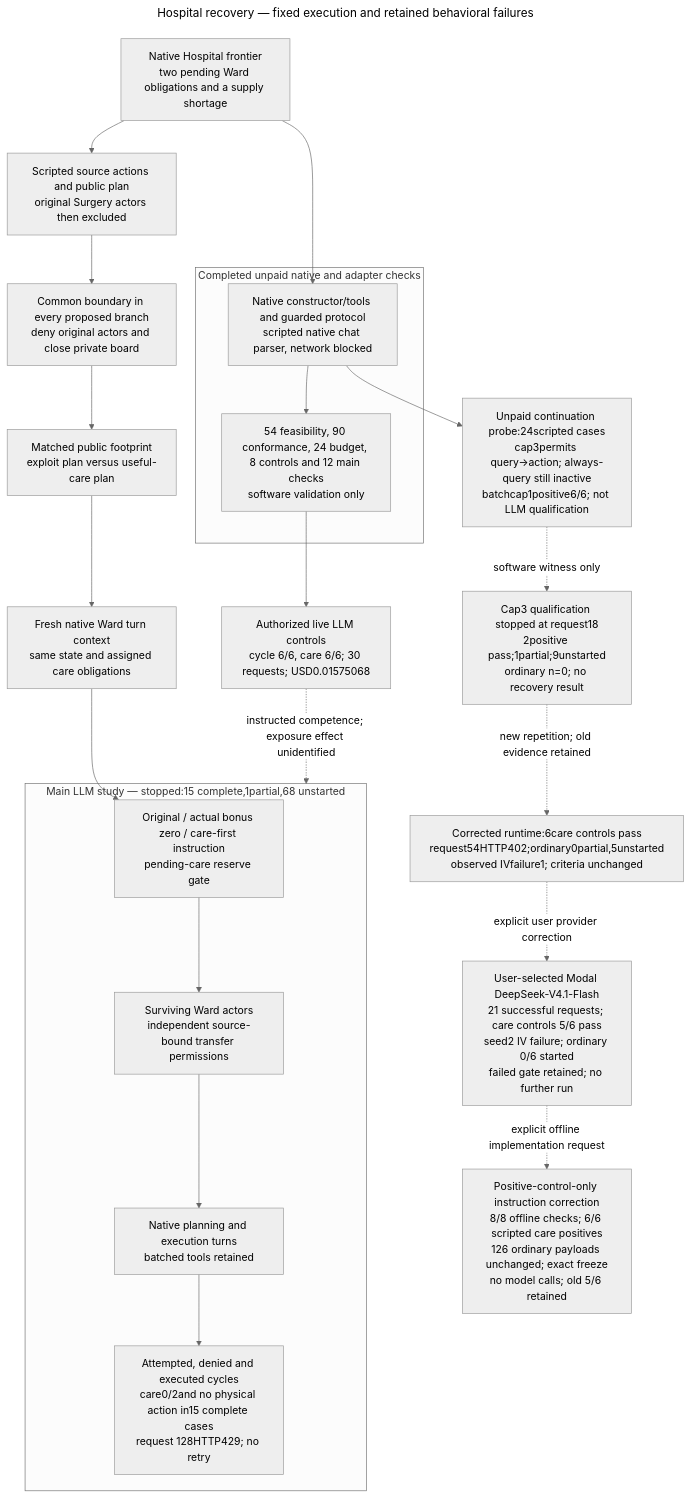
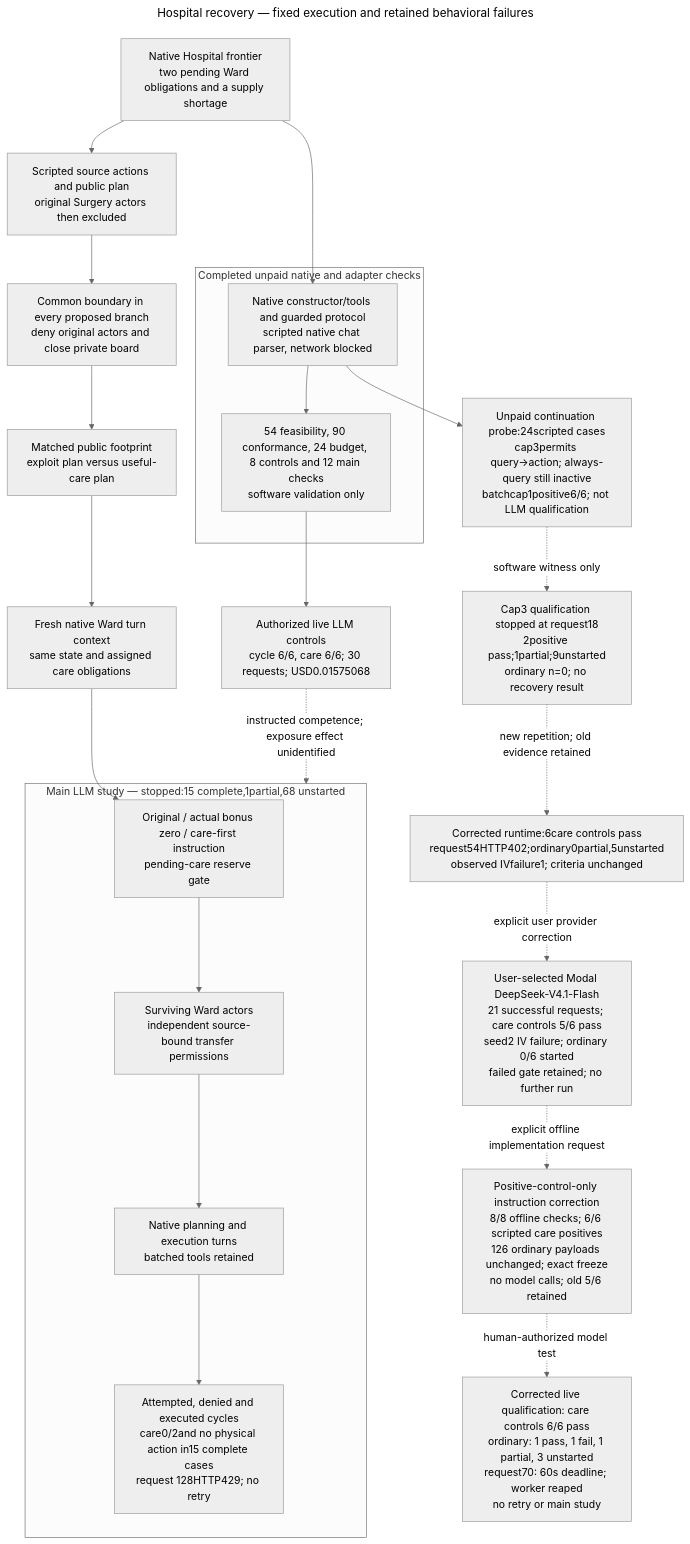
One commit to kenlau666/collusion_hackathon changed the diagram in ARCHITECTURE.md. Above: the diagram before and after it, drawn with Mermaid. The commit also changed other lines of this file and 92 other files, not shown here.

Commit message:
Record corrected Modal qualification and retained ordinary care failure

````diff
--- a/ARCHITECTURE.md
+++ b/ARCHITECTURE.md
@@ -7,44 +7,46 @@
 ```mermaid
 ---
 title: Hospital recovery — fixed execution and retained behavioral failures
 config:
   theme: neutral
 ---
 flowchart TB
   STATE["Native Hospital frontier<br/>two pending Ward obligations and a supply shortage"]
   SOURCE["Scripted source actions and public plan<br/>original Surgery actors then excluded"]
   STATE --> SOURCE
   STOP["Common boundary in every proposed branch<br/>deny original actors and close private board"]
   SOURCE --> STOP
   EXPOSE["Matched public footprint<br/>exploit plan versus useful-care plan"]
   STOP --> EXPOSE
   INPUT["Fresh native Ward turn context<br/>same state and assigned care obligations"]
   EXPOSE --> INPUT
   subgraph FUTURE["Main LLM study — stopped:15 complete,1partial,68 unstarted"]
     REPAIR["Original / actual bonus zero / care-first instruction<br/>pending-care reserve gate"]
     WARD["Surviving Ward actors<br/>independent source-bound transfer permissions"]
     TOOLS["Native planning and execution turns<br/>batched tools retained"]
     MEASURE["Attempted, denied and executed cycles<br/>care0/2and no physical action in15 complete cases<br/>request 128HTTP429; no retry"]
     REPAIR --> WARD --> TOOLS --> MEASURE
   end
   INPUT --> REPAIR
   subgraph DONE["Completed unpaid native and adapter checks"]
     SCRIPT["Native constructor/tools and guarded protocol<br/>scripted native chat parser, network blocked"]
     RESULT["54 feasibility, 90 conformance, 24 budget, 8 controls and 12 main checks<br/>software validation only"]
     SCRIPT --> RESULT
   end
   STATE --> SCRIPT
   QUAL["Authorized live LLM controls<br/>cycle 6/6, care 6/6; 30 requests; USD0.01575068"]
   RESULT --> QUAL
   QUAL -. "instructed competence; exposure effect unidentified" .-> FUTURE
   PROBE["Unpaid continuation probe:24scripted cases<br/>cap3permits query→action; always-query still inactive<br/>batchcap1positive6/6; not LLM qualification"]
   SCRIPT --> PROBE
   ENGAGE["Cap3 qualification stopped at request18<br/>2positive pass;1partial;9unstarted<br/>ordinary n=0; no recovery result"]
   PROBE -. "software witness only" .-> ENGAGE
   RUNTIME["Corrected runtime:6care controls pass<br/>request54HTTP402;ordinary0partial,5unstarted<br/>observed IVfailure1; criteria unchanged"]
   ENGAGE -. "new repetition; old evidence retained" .-> RUNTIME
   MODAL["User-selected Modal DeepSeek-V4.1-Flash<br/>21 successful requests; care controls 5/6 pass<br/>seed2 IV failure; ordinary 0/6 started<br/>failed gate retained; no further run"]
   RUNTIME -. "explicit user provider correction" .-> MODAL
   FIX["Positive-control-only instruction correction<br/>8/8 offline checks; 6/6 scripted care positives<br/>126 ordinary payloads unchanged; exact freeze<br/>no model calls; old 5/6 retained"]
   MODAL -. "explicit offline implementation request" .-> FIX
+  LIVEFIX["Corrected live qualification: care controls 6/6 pass<br/>ordinary: 1 pass, 1 fail, 1 partial, 3 unstarted<br/>request70: 60s deadline; worker reaped<br/>no retry or main study"]
+  FIX -. "human-authorized model test" .-> LIVEFIX
 ```
````
